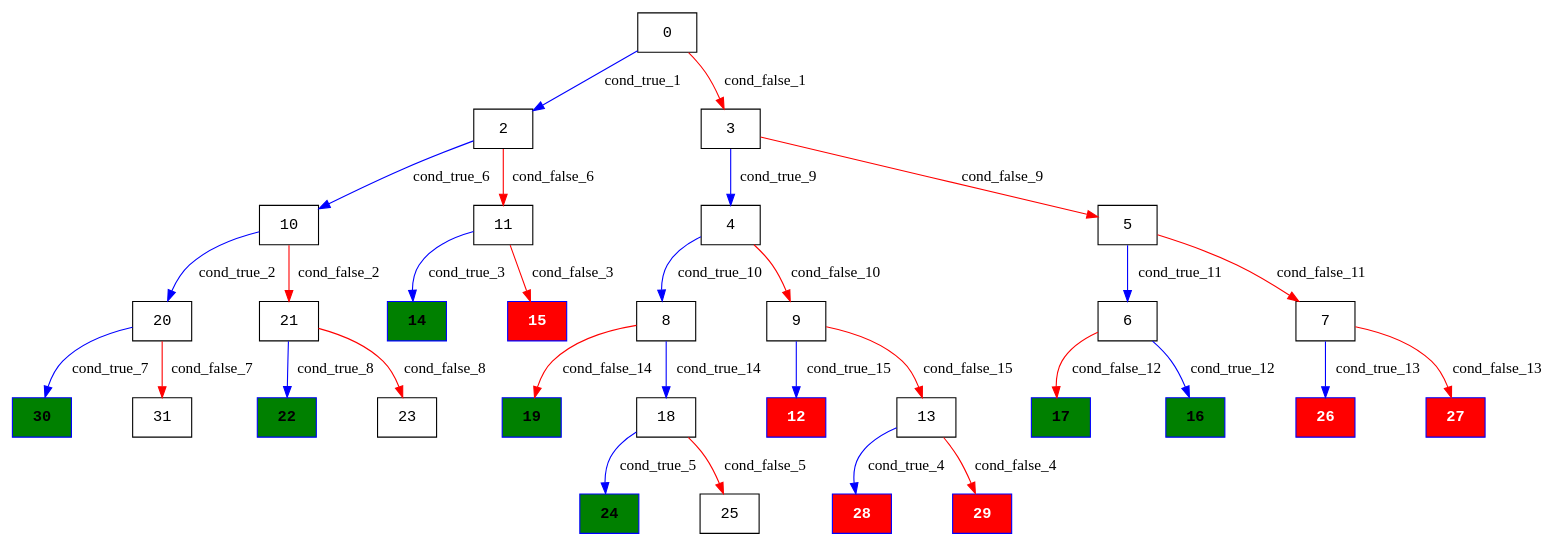
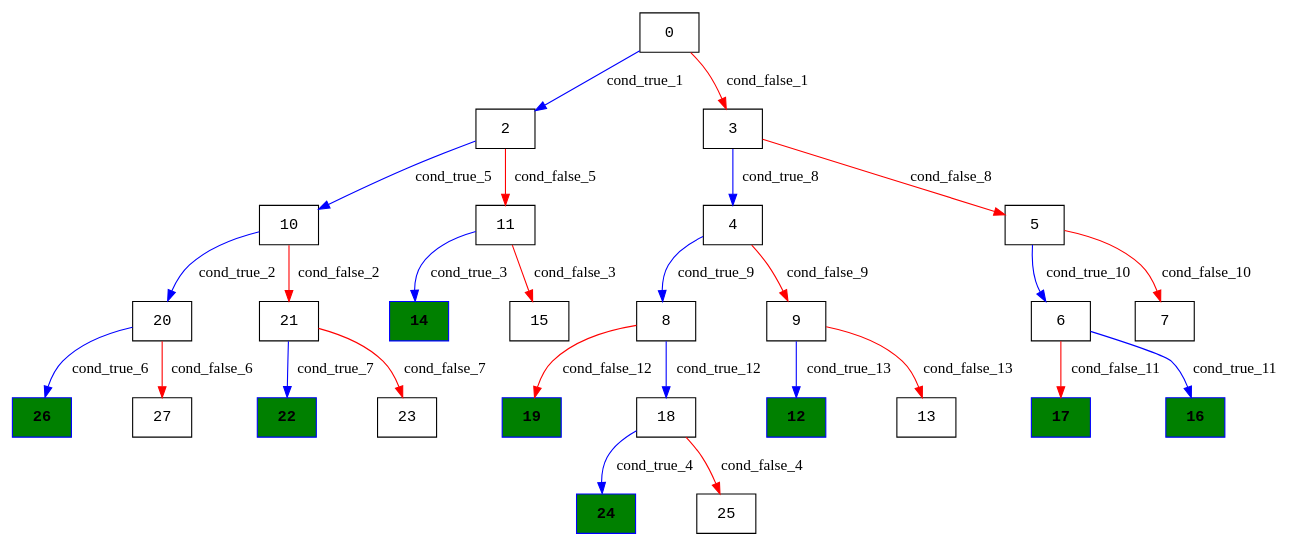
The diagram in klee_results/montyhall_all_processed/montyhall_all_execution_tree.dot (Research-Tools-PAVT/PSE-Program-Examples), drawn with Graphviz before and after one commit. The commit also changed 186 other files, not shown here.

```diff
--- a/klee_results/montyhall_all_processed/montyhall_all_execution_tree.dot
+++ b/klee_results/montyhall_all_processed/montyhall_all_execution_tree.dot
@@ -1,46 +1,37 @@
 digraph ExecutionTree {
 	node [color=black fontname=Courier height=.5 shape=record]
-	30 [color=blue, fillcolor=green, style=filled, fontcolor=black, fontname="Courier-Bold"]
+	26 [color=blue, fillcolor=green, style=filled, fontcolor=black, fontname="Courier-Bold"]
 	24 [color=blue, fillcolor=green, style=filled, fontcolor=black, fontname="Courier-Bold"]
 	22 [color=blue, fillcolor=green, style=filled, fontcolor=black, fontname="Courier-Bold"]
 	19 [color=blue, fillcolor=green, style=filled, fontcolor=black, fontname="Courier-Bold"]
 	17 [color=blue, fillcolor=green, style=filled, fontcolor=black, fontname="Courier-Bold"]
 	16 [color=blue, fillcolor=green, style=filled, fontcolor=black, fontname="Courier-Bold"]
 	14 [color=blue, fillcolor=green, style=filled, fontcolor=black, fontname="Courier-Bold"]
-	15 [color=blue, fillcolor=red, style=filled, fontcolor=white, fontname="Courier-Bold"]
-	28 [color=blue, fillcolor=red, style=filled, fontcolor=white, fontname="Courier-Bold"]
-	12 [color=blue, fillcolor=red, style=filled, fontcolor=white, fontname="Courier-Bold"]
-	26 [color=blue, fillcolor=red, style=filled, fontcolor=white, fontname="Courier-Bold"]
-	29 [color=blue, fillcolor=red, style=filled, fontcolor=white, fontname="Courier-Bold"]
-	27 [color=blue, fillcolor=red, style=filled, fontcolor=white, fontname="Courier-Bold"]
+	12 [color=blue, fillcolor=green, style=filled, fontcolor=black, fontname="Courier-Bold"]
 	0 -> 2 [label=cond_true_1 color=blue]
 	0 -> 3 [label=cond_false_1 color=red]
-	2 -> 10 [label=cond_true_6 color=blue]
-	2 -> 11 [label=cond_false_6 color=red]
-	3 -> 4 [label=cond_true_9 color=blue]
-	3 -> 5 [label=cond_false_9 color=red]
+	2 -> 10 [label=cond_true_5 color=blue]
+	2 -> 11 [label=cond_false_5 color=red]
+	3 -> 4 [label=cond_true_8 color=blue]
+	3 -> 5 [label=cond_false_8 color=red]
 	10 -> 20 [label=cond_true_2 color=blue]
 	10 -> 21 [label=cond_false_2 color=red]
-	20 -> 30 [label=cond_true_7 color=blue]
-	20 -> 31 [label=cond_false_7 color=red]
-	21 -> 22 [label=cond_true_8 color=blue]
-	21 -> 23 [label=cond_false_8 color=red]
+	20 -> 26 [label=cond_true_6 color=blue]
+	20 -> 27 [label=cond_false_6 color=red]
+	21 -> 22 [label=cond_true_7 color=blue]
+	21 -> 23 [label=cond_false_7 color=red]
 	11 -> 14 [label=cond_true_3 color=blue]
 	11 -> 15 [label=cond_false_3 color=red]
-	13 -> 28 [label=cond_true_4 color=blue]
-	13 -> 29 [label=cond_false_4 color=red]
-	18 -> 24 [label=cond_true_5 color=blue]
-	18 -> 25 [label=cond_false_5 color=red]
-	4 -> 8 [label=cond_true_10 color=blue]
-	4 -> 9 [label=cond_false_10 color=red]
-	5 -> 6 [label=cond_true_11 color=blue]
-	5 -> 7 [label=cond_false_11 color=red]
-	8 -> 18 [label=cond_true_14 color=blue]
-	8 -> 19 [label=cond_false_14 color=red]
-	9 -> 12 [label=cond_true_15 color=blue]
-	9 -> 13 [label=cond_false_15 color=red]
-	6 -> 16 [label=cond_true_12 color=blue]
-	6 -> 17 [label=cond_false_12 color=red]
-	7 -> 26 [label=cond_true_13 color=blue]
-	7 -> 27 [label=cond_false_13 color=red]
+	18 -> 24 [label=cond_true_4 color=blue]
+	18 -> 25 [label=cond_false_4 color=red]
+	4 -> 8 [label=cond_true_9 color=blue]
+	4 -> 9 [label=cond_false_9 color=red]
+	5 -> 6 [label=cond_true_10 color=blue]
+	5 -> 7 [label=cond_false_10 color=red]
+	8 -> 18 [label=cond_true_12 color=blue]
+	8 -> 19 [label=cond_false_12 color=red]
+	9 -> 12 [label=cond_true_13 color=blue]
+	9 -> 13 [label=cond_false_13 color=red]
+	6 -> 16 [label=cond_true_11 color=blue]
+	6 -> 17 [label=cond_false_11 color=red]
 }
```
